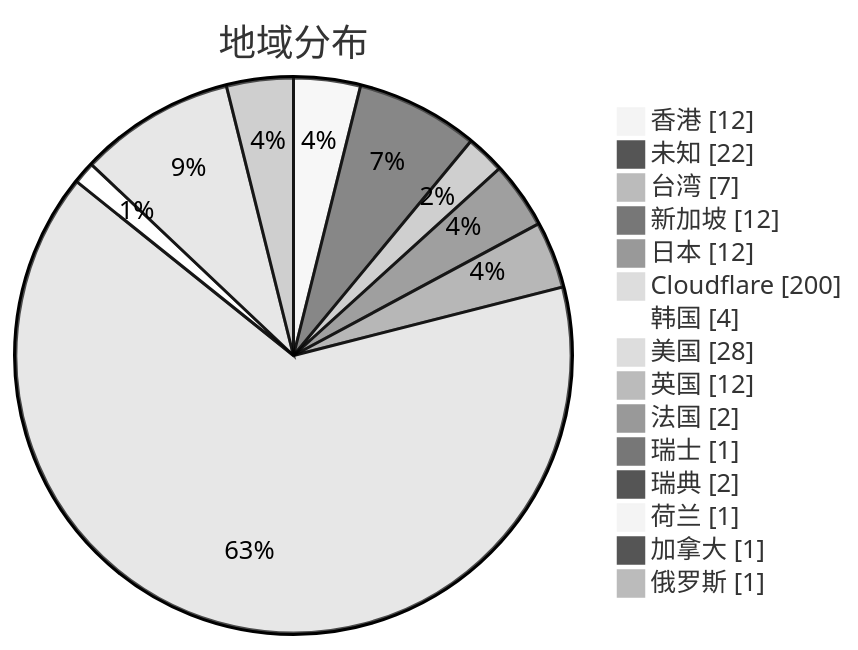
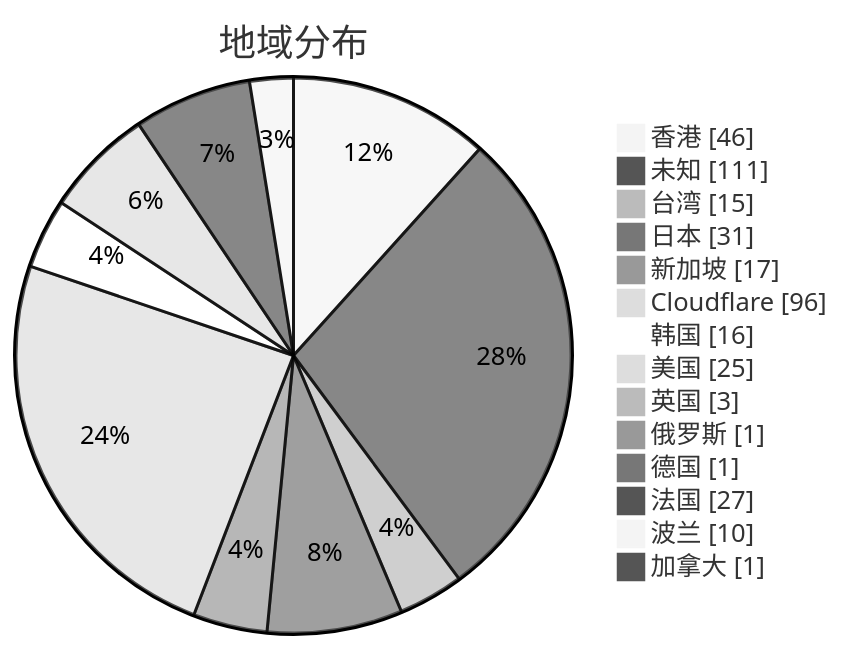
Before and after one commit to qjlxg/airport: the second of 3 diagrams in subs/statistics/tested_within.md, drawn with Mermaid (neutral theme). The commit also changed other lines of this file and 2 other files, not shown here.

````diff
--- a/subs/statistics/tested_within.md
+++ b/subs/statistics/tested_within.md
@@ -13,19 +14,18 @@
 ```mermaid
 pie showData
 title 地域分布
-"香港" : 12
-"未知" : 22
-"台湾" : 7
-"新加坡" : 12
-"日本" : 12
-"Cloudflare" : 200
-"韩国" : 4
-"美国" : 28
-"英国" : 12
-"法国" : 2
-"瑞士" : 1
-"瑞典" : 2
-"荷兰" : 1
+"香港" : 46
+"未知" : 111
+"台湾" : 15
+"日本" : 31
+"新加坡" : 17
+"Cloudflare" : 96
+"韩国" : 16
+"美国" : 25
+"英国" : 3
+"俄罗斯" : 1
+"德国" : 1
+"法国" : 27
+"波兰" : 10
 "加拿大" : 1
-"俄罗斯" : 1
 ```
````
